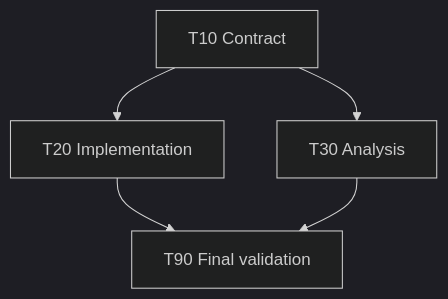
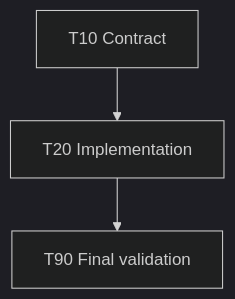
The second of 2 diagrams in .codex/skills/dev/cursor-agent-delegate/templates/plan.md (ryryo/dot-claude-dev), drawn with Mermaid (dark theme) before and after one commit. The commit also changed other lines of this file and 6 other files, not shown here.

````diff
--- a/.codex/skills/dev/cursor-agent-delegate/templates/plan.md
+++ b/.codex/skills/dev/cursor-agent-delegate/templates/plan.md
@@ -65,7 +68,5 @@
 ```mermaid
 flowchart TD
   T10["T10 Contract"] --> T20["T20 Implementation"]
-  T10 --> T30["T30 Analysis"]
   T20 --> T90["T90 Final validation"]
-  T30 --> T90
 ```
````
